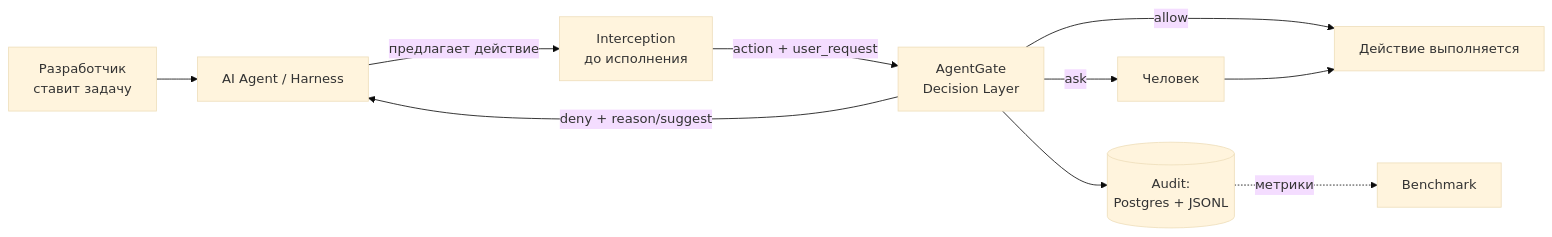
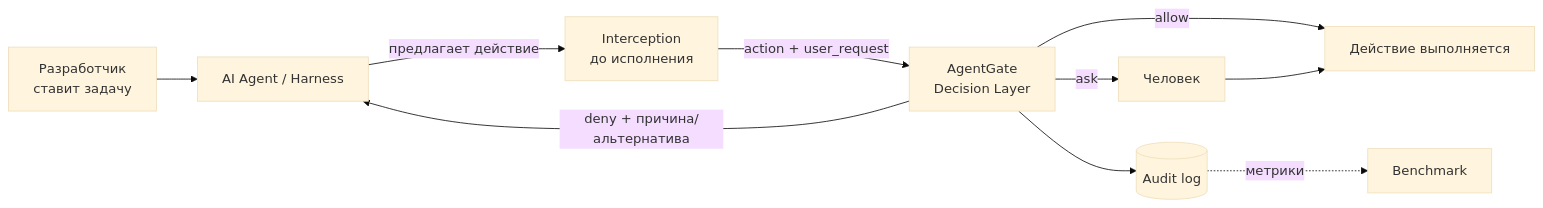
Before and after one commit to iamalexandreevich/ai-product-hack-2026: the diagram in docs/project-context/artifacts/PRODUCT_INTERIM.md, drawn with Mermaid (base theme). The commit also changed other lines of this file, not shown here.

````diff
--- a/docs/project-context/artifacts/PRODUCT_INTERIM.md
+++ b/docs/project-context/artifacts/PRODUCT_INTERIM.md
@@ -107,12 +81,12 @@
 ```mermaid
 flowchart LR
     U[Разработчик<br/>ставит задачу] --> A[AI Agent / Harness]
     A -->|предлагает действие| I[Interception<br/>до исполнения]
     I -->|action + user_request| G[AgentGate<br/>Decision Layer]
     G -->|allow| X[Действие выполняется]
-    G -->|deny + reason/suggest| A
+    G -->|deny + причина/альтернатива| A
     G -->|ask| H[Человек]
     H --> X
-    G --> L[(Audit:<br/>Postgres + JSONL)]
+    G --> L[(Audit log)]
     L -.->|метрики| B[Benchmark]
 ```
````
